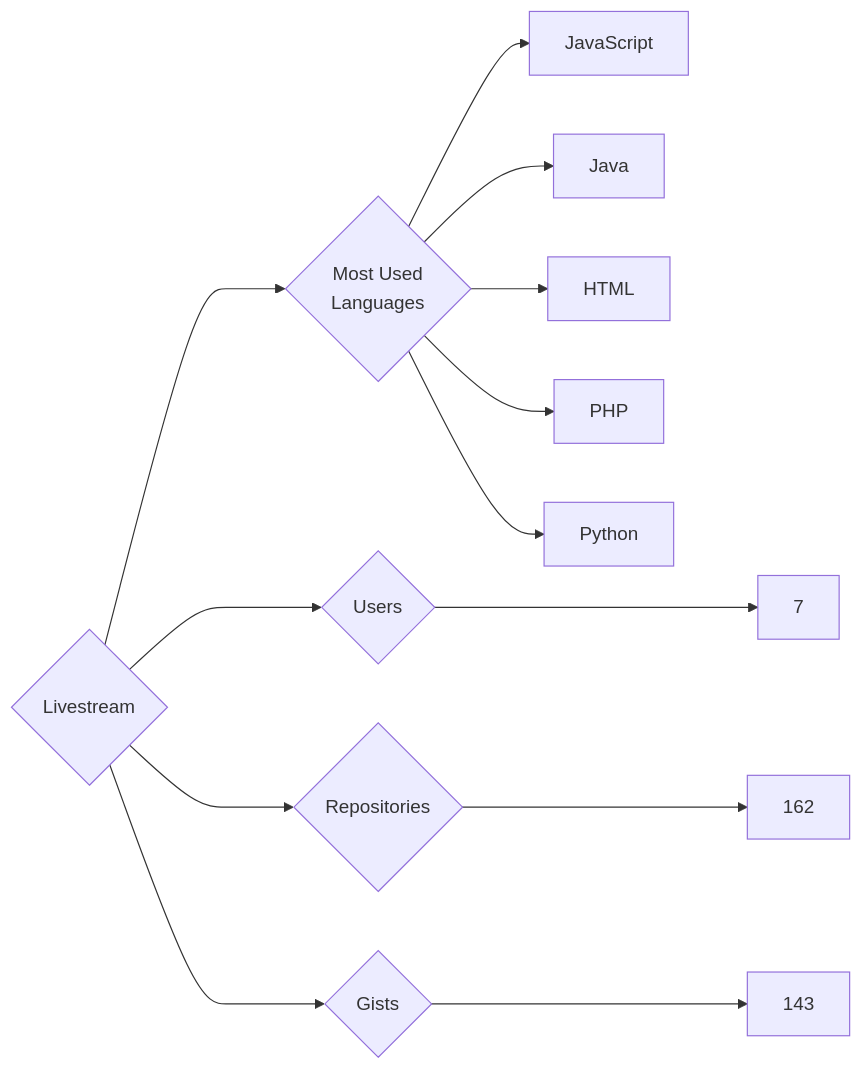
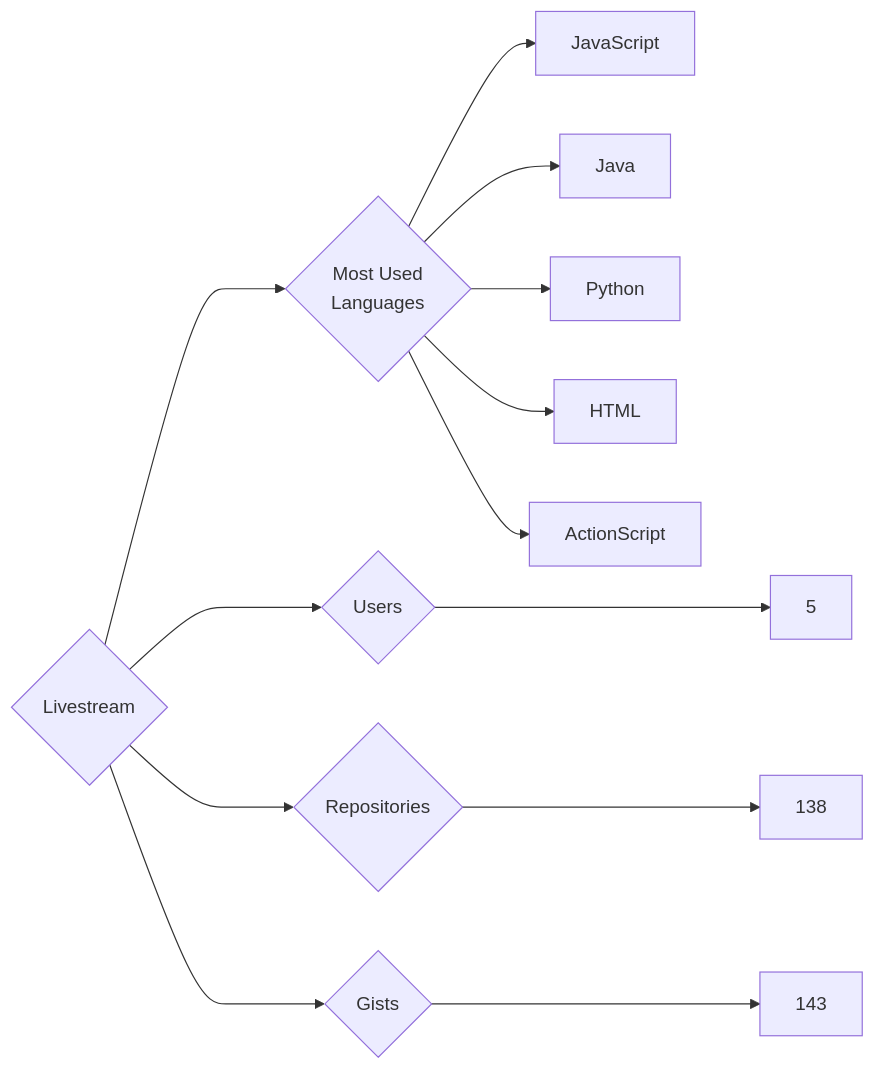
Before and after one commit to trickest/insiders: the diagram in targets/Livestream/README.md, drawn with Mermaid. The commit also changed 1389 other files, not shown here.

````diff
--- a/targets/Livestream/README.md
+++ b/targets/Livestream/README.md
@@ -3,13 +3,13 @@
 ```mermaid
 graph LR
 COMPANY_NAME{Livestream}
-COMPANY_NAME ---> U{Users} ---> UN[7]
-COMPANY_NAME ---> R{Repositories} ---> RN[162]
+COMPANY_NAME ---> U{Users} ---> UN[5]
+COMPANY_NAME ---> R{Repositories} ---> RN[138]
 COMPANY_NAME ---> G{Gists} ---> GN[143]
 COMPANY_NAME ---> ML{Most Used<br>Languages}
 ML --> JavaScript[JavaScript]
 ML --> Java[Java]
+ML --> Python[Python]
 ML --> HTML[HTML]
-ML --> PHP[PHP]
-ML --> Python[Python]
+ML --> ActionScript[ActionScript]
 ```
````
